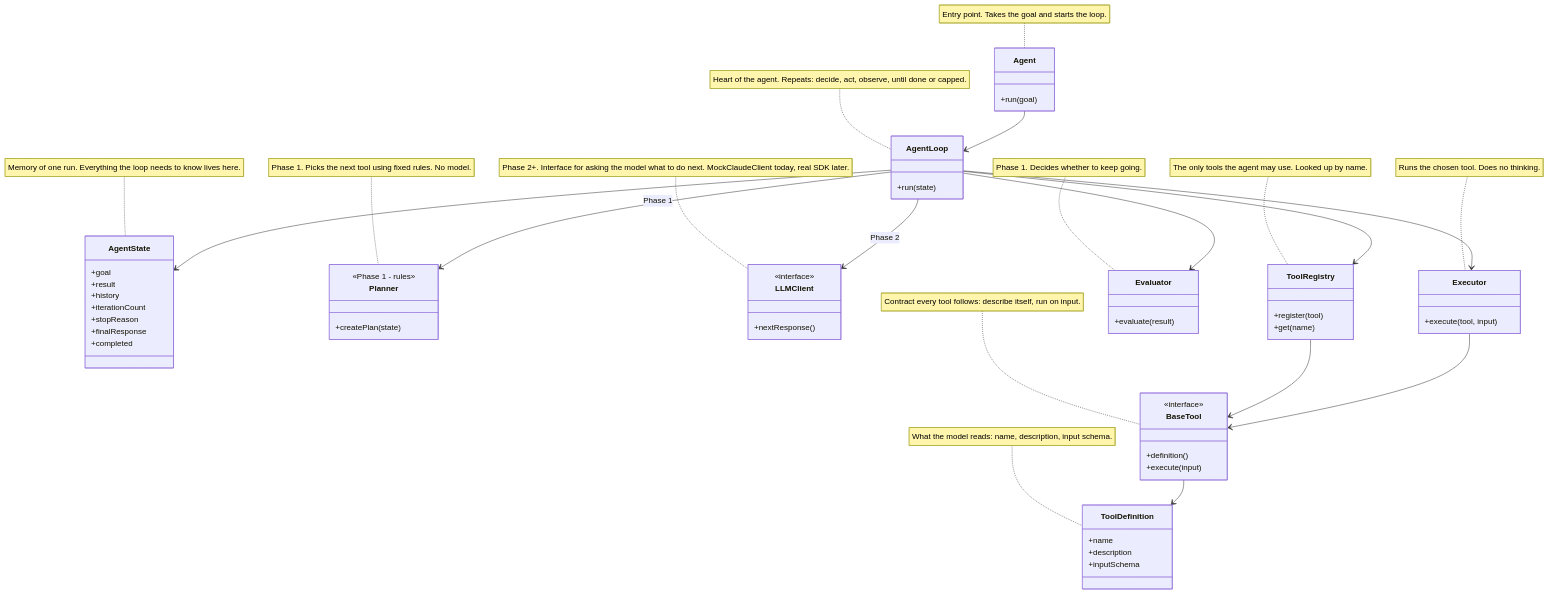
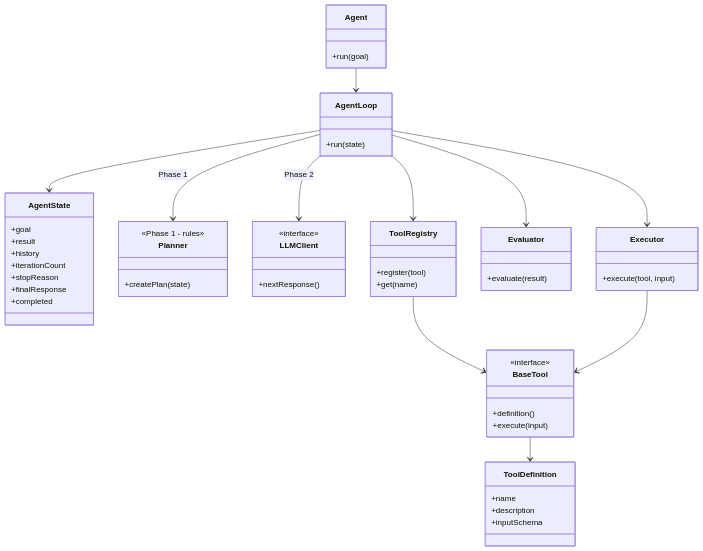
The first of 6 diagrams in README.md (YashzAlphaGeek/agent-engineering-lab), drawn with Mermaid before and after one commit.

Commit message:
context passing and readme update

````diff
--- a/README.md
+++ b/README.md
@@ -28,78 +28,67 @@
 ```mermaid
 classDiagram
 
     class Agent {
         +run(goal)
     }
 
     class AgentLoop {
         +run(state)
     }
 
     class AgentState {
         +goal
         +result
         +history
         +iterationCount
         +stopReason
         +finalResponse
         +completed
     }
 
     class Planner {
         <<Phase 1 - rules>>
         +createPlan(state)
     }
 
     class LLMClient {
         <<interface>>
         +nextResponse()
     }
 
     class Executor {
         +execute(tool, input)
     }
 
     class Evaluator {
         +evaluate(result)
     }
 
     class ToolRegistry {
         +register(tool)
         +get(name)
     }
 
     class BaseTool {
         <<interface>>
         +definition()
         +execute(input)
     }
 
     class ToolDefinition {
         +name
         +description
         +inputSchema
     }
 
     Agent --> AgentLoop
     AgentLoop --> AgentState
     AgentLoop --> Planner : Phase 1
     AgentLoop --> LLMClient : Phase 2
     AgentLoop --> ToolRegistry
     AgentLoop --> Executor
     AgentLoop --> Evaluator
     ToolRegistry --> BaseTool
     BaseTool --> ToolDefinition
     Executor --> BaseTool
-
-    note for Agent "Entry point. Takes the goal and starts the loop."
-    note for AgentLoop "Heart of the agent. Repeats: decide, act, observe, until done or capped."
-    note for AgentState "Memory of one run. Everything the loop needs to know lives here."
-    note for Planner "Phase 1. Picks the next tool using fixed rules. No model."
-    note for LLMClient "Phase 2+. Interface for asking the model what to do next. MockClaudeClient today, real SDK later."
-    note for Executor "Runs the chosen tool. Does no thinking."
-    note for Evaluator "Phase 1. Decides whether to keep going."
-    note for ToolRegistry "The only tools the agent may use. Looked up by name."
-    note for BaseTool "Contract every tool follows: describe itself, run on input."
-    note for ToolDefinition "What the model reads: name, description, input schema."
 ```
````
